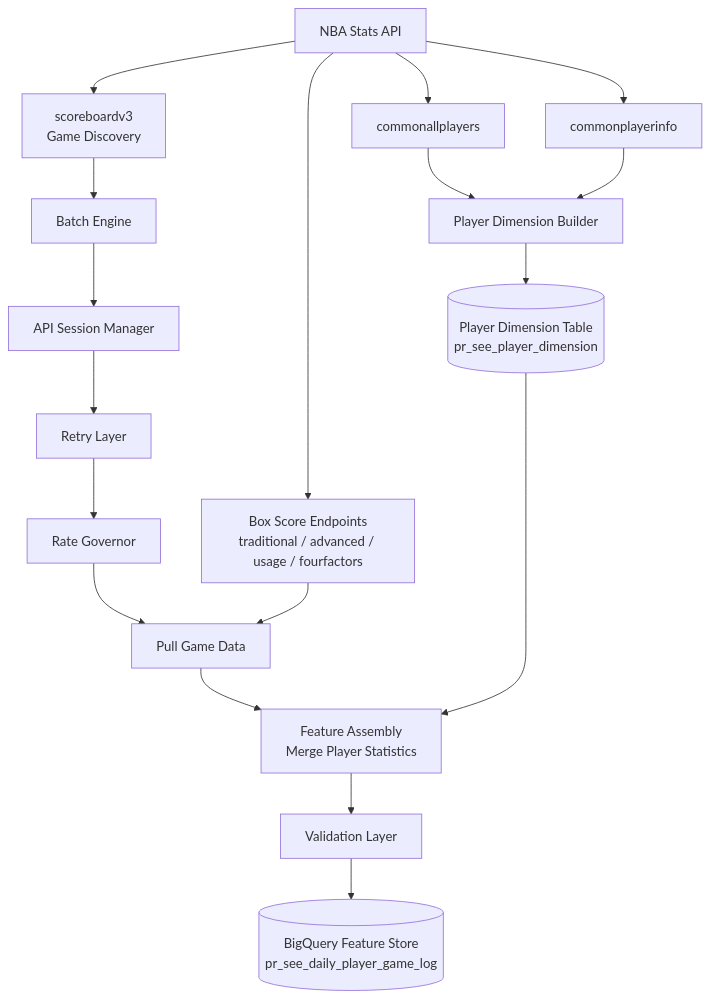
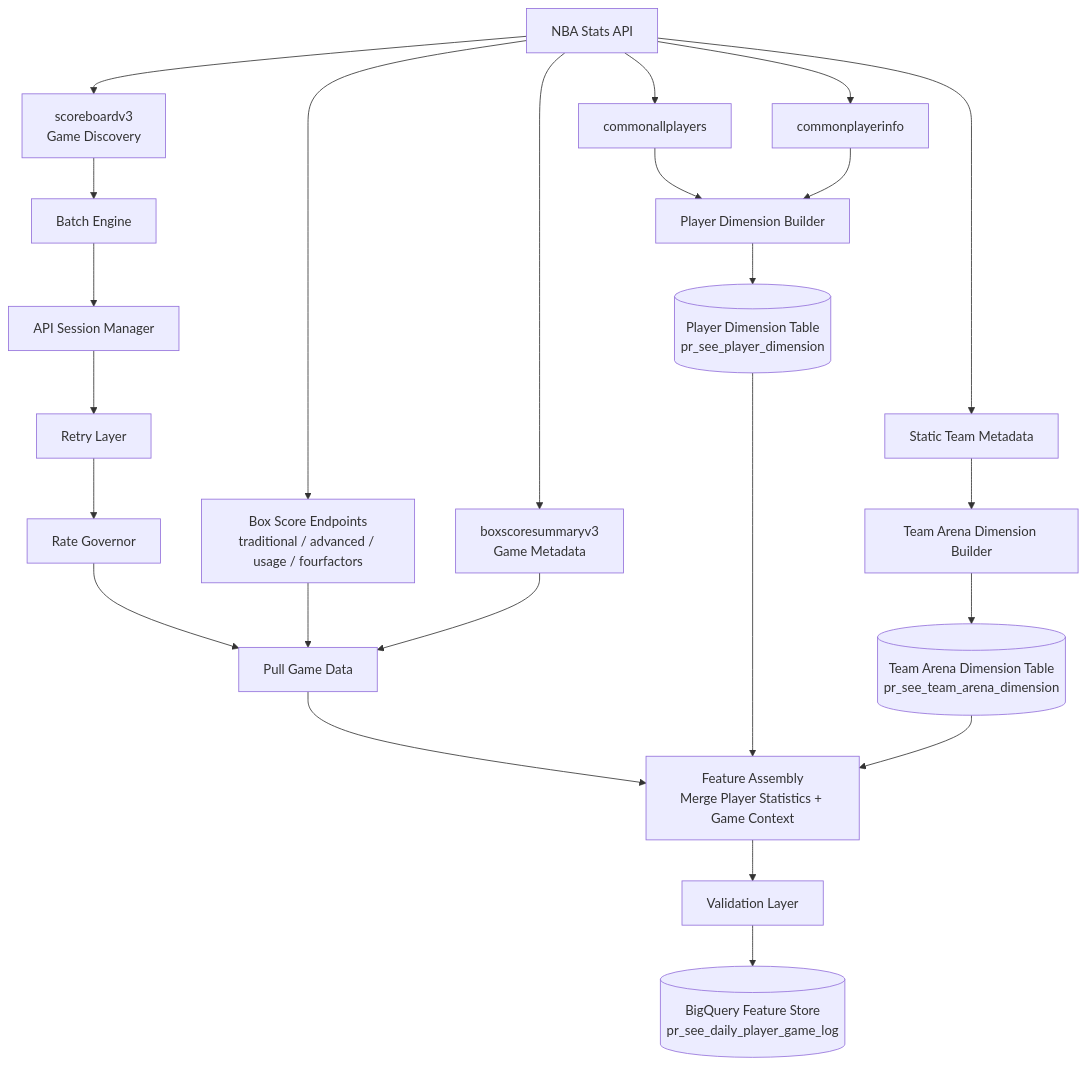
Before and after one commit to zh412/nba-feature-store: the diagram in README.md, drawn with Mermaid. The commit also changed other lines of this file and 7 other files, not shown here.

Commit message:
Finalize feature store architecture, metadata enrichment, and documentation

````diff
--- a/README.md
+++ b/README.md
@@ -58,45 +58,54 @@
 ```mermaid
 flowchart TD
 
 A[NBA Stats API]
 
-%% ------------------------------
+%% =========================================================
 %% GAME INGESTION PIPELINE
-%% ------------------------------
+%% =========================================================
 
 A --> B1[scoreboardv3<br>Game Discovery]
 A --> B2[Box Score Endpoints<br>traditional / advanced / usage / fourfactors]
+A --> B3[boxscoresummaryv3<br>Game Metadata]
 
 B1 --> C1[Batch Engine]
 C1 --> C2[API Session Manager]
 
 C2 --> C3[Retry Layer]
 C3 --> C4[Rate Governor]
 
 C4 --> D1[Pull Game Data]
 B2 --> D1
+B3 --> D1
 
-D1 --> D2[Feature Assembly<br>Merge Player Statistics]
+D1 --> D2[Feature Assembly<br>Merge Player Statistics + Game Context]
 
-D2 --> E[Validation Layer]
-
-%% ------------------------------
-%% PLAYER DIMENSION PIPELINE
-%% ------------------------------
+%% =========================================================
+%% DIMENSION PIPELINES
+%% =========================================================
 
 A --> F1[commonallplayers]
 A --> F2[commonplayerinfo]
 
-F1 --> G[Player Dimension Builder]
-F2 --> G
+F1 --> G1[Player Dimension Builder]
+F2 --> G1
 
-G --> H[(Player Dimension Table<br>pr_see_player_dimension)]
+G1 --> H1[(Player Dimension Table<br>pr_see_player_dimension)]
 
-%% ------------------------------
+A --> F3[Static Team Metadata]
+
+F3 --> G2[Team Arena Dimension Builder]
+
+G2 --> H2[(Team Arena Dimension Table<br>pr_see_team_arena_dimension)]
+
+%% =========================================================
 %% FEATURE STORE
-%% ------------------------------
+%% =========================================================
 
-H --> D2
+H1 --> D2
+H2 --> D2
+
+D2 --> E[Validation Layer]
 
 E --> I[(BigQuery Feature Store<br>pr_see_daily_player_game_log)]
 ```
````
